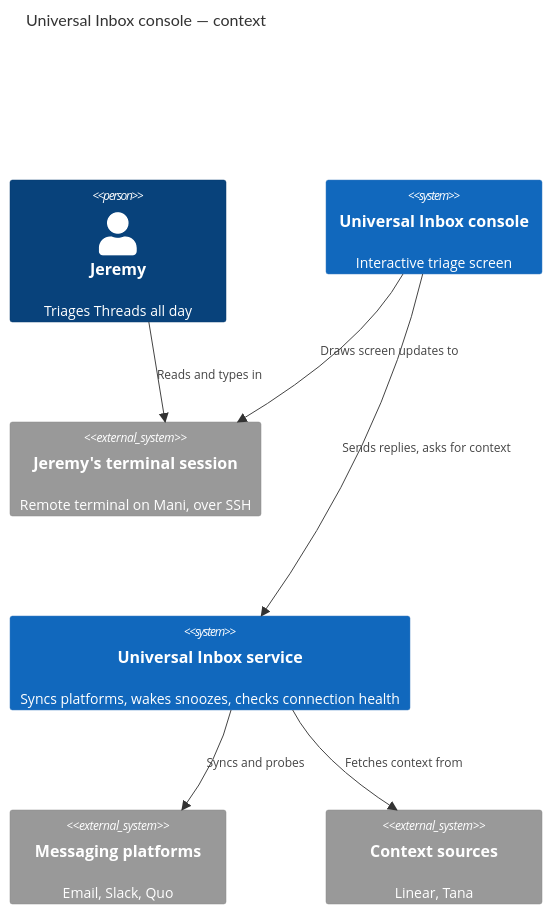
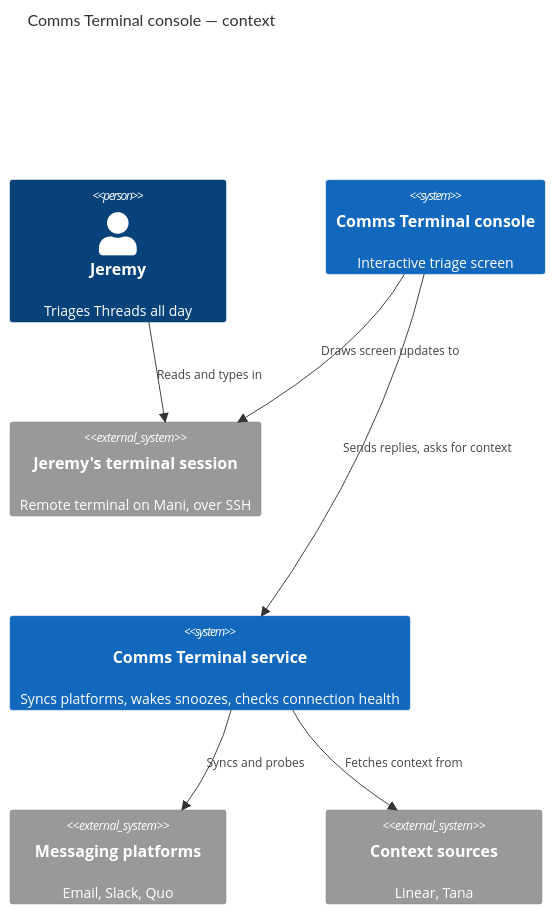
Before and after one commit to JMLegere/comms-terminal: the first of 3 diagrams in .agents/discovery/2026-10-15-tui-redraw-smoothness.md, drawn with Mermaid. The commit also changed other lines of this file and 181 other files, not shown here.

First line of the commit message:
Rename: Universal Inbox is now Comms Terminal

````diff
--- a/.agents/discovery/2026-10-15-tui-redraw-smoothness.md
+++ b/.agents/discovery/2026-10-15-tui-redraw-smoothness.md
@@ -221,15 +221,15 @@
 ```mermaid
 C4Context
-    title Universal Inbox console — context
+    title Comms Terminal console — context
     Person(jeremy, "Jeremy", "Triages Threads all day")
-    System(console, "Universal Inbox console", "Interactive triage screen")
+    System(console, "Comms Terminal console", "Interactive triage screen")
     System_Ext(term, "Jeremy's terminal session", "Remote terminal on Mani, over SSH")
-    System(service, "Universal Inbox service", "Syncs platforms, wakes snoozes, checks connection health")
+    System(service, "Comms Terminal service", "Syncs platforms, wakes snoozes, checks connection health")
     System_Ext(platforms, "Messaging platforms", "Email, Slack, Quo")
     System_Ext(context, "Context sources", "Linear, Tana")
     Rel(jeremy, term, "Reads and types in")
     Rel(console, term, "Draws screen updates to")
     Rel(service, platforms, "Syncs and probes")
     Rel(console, service, "Sends replies, asks for context")
     Rel(service, context, "Fetches context from")
 ```
````
